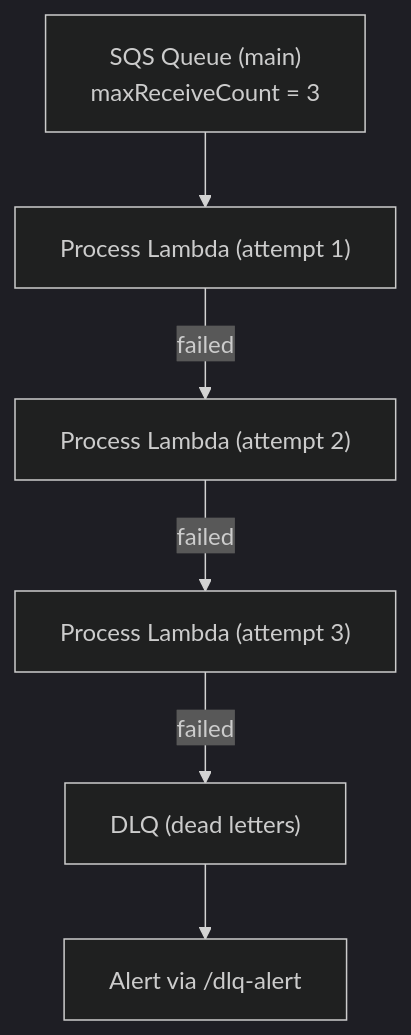
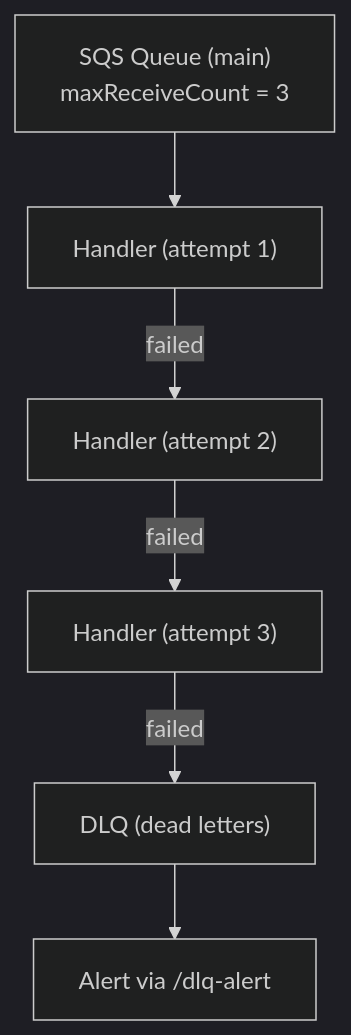
One commit to phbruce/agentrun changed diagram 27 of 31 in docs/book/agentrun-book.md. Above: the diagram before and after it, drawn with Mermaid (dark theme). The commit also changed other lines of this file, not shown here.

````diff
--- a/docs/book/agentrun-book.md
+++ b/docs/book/agentrun-book.md
@@ -4355,11 +4327,11 @@
 ```mermaid
 flowchart TB
     SQS["SQS Queue (main)\nmaxReceiveCount = 3"]
-    T1["Process Lambda (attempt 1)"]
-    T2["Process Lambda (attempt 2)"]
-    T3["Process Lambda (attempt 3)"]
+    T1["Handler (attempt 1)"]
+    T2["Handler (attempt 2)"]
+    T3["Handler (attempt 3)"]
     DLQ["DLQ (dead letters)"]
     Alert["Alert via /dlq-alert"]
 
     SQS --> T1 -- "failed" --> T2 -- "failed" --> T3 -- "failed" --> DLQ --> Alert
 ```
````
